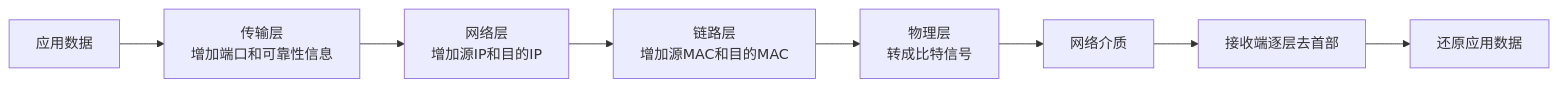
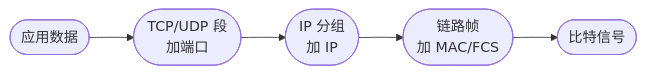
One commit to 74262195/system-architect-notes changed the diagram in 01_综合知识/01_计算机基础知识/03_计算机网络/网络协议与OSI七层.md. Above: the diagram before and after it, drawn with Mermaid. The commit also changed other lines of this file and 21 other files, not shown here.

````diff
--- a/01_综合知识/01_计算机基础知识/03_计算机网络/网络协议与OSI七层.md
+++ b/01_综合知识/01_计算机基础知识/03_计算机网络/网络协议与OSI七层.md
@@ -59,10 +66,7 @@
 ```mermaid
 flowchart LR
-  A[应用数据] --> B[传输层<br/>增加端口和可靠性信息]
-  B --> C[网络层<br/>增加源IP和目的IP]
-  C --> D[链路层<br/>增加源MAC和目的MAC]
-  D --> E[物理层<br/>转成比特信号]
-  E --> F[网络介质]
-  F --> G[接收端逐层去首部]
-  G --> H[还原应用数据]
+  A([应用数据]) --> B([TCP/UDP 段<br/>加端口])
+  B --> C([IP 分组<br/>加 IP])
+  C --> D([链路帧<br/>加 MAC/FCS])
+  D --> E([比特信号])
 ```
````
